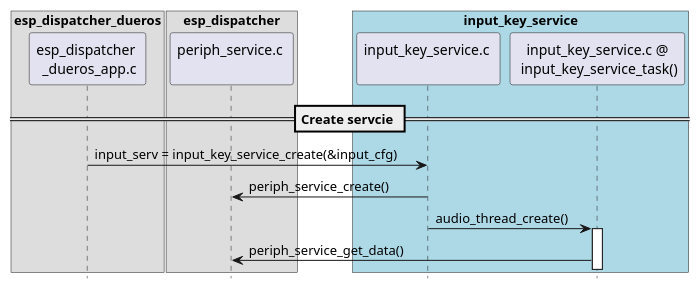
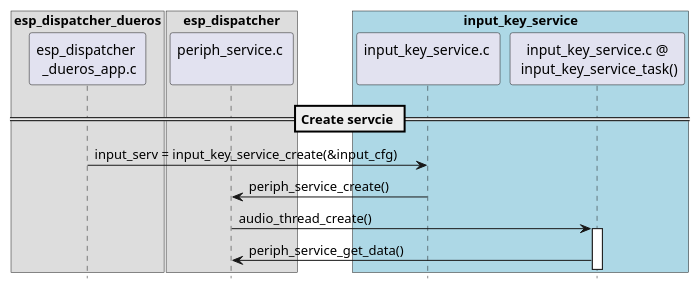
Before and after one commit to liangzhu2008/learn-esp-adf: the second of 9 diagrams in docs/inside-dispatcher/input_key_service.rst, drawn with PlantUML. The commit also changed other lines of this file and 1 other file, not shown here.

Commit message:
加入 在线固件更新服务 OTA Service

```diff
--- a/docs/inside-dispatcher/input_key_service.rst
+++ b/docs/inside-dispatcher/input_key_service.rst
@@ -88,24 +88,24 @@
 .. uml::
 
     hide footbox
 
     box "esp_dispatcher_dueros"
     participant "esp_dispatcher \n _dueros_app.c" as adf_app order 10
     end box
 
     box "esp_dispatcher" 
     participant "periph_service.c \n"               as periph_service order 20
     end box
 
     box "input_key_service" #LightBlue
     participant "input_key_service.c \n"                as input_service order 50
     participant "input_key_service.c @\n input_key_service_task()" as input_task order 60
     end box
 
       
     == Create servcie ==
     adf_app        -> input_service : input_serv = input_key_service_create(&input_cfg)
     periph_service <- input_service : periph_service_create()
-    input_service   -> input_task   : audio_thread_create()
+    periph_service -> input_task    : audio_thread_create()
     activate input_task 
-    periph_service <- input_task   : periph_service_get_data()
+    periph_service <- input_task    : periph_service_get_data()
```
